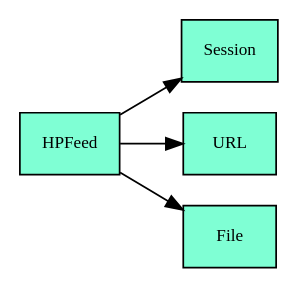
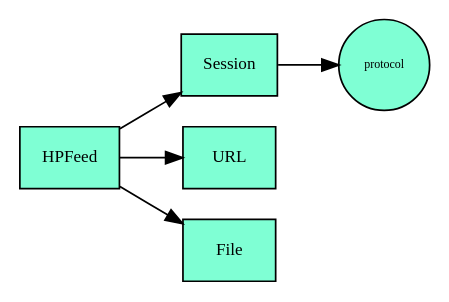
One commit to johnnykv/mnemosyne changed the second of 2 diagrams in doc/Normalization.rst. Above: the diagram before and after it, drawn with Graphviz. The commit also changed other lines of this file, not shown here.

Commit message:
Include dataflow graph

```diff
--- a/doc/Normalization.rst
+++ b/doc/Normalization.rst
@@ -10,9 +58,12 @@
 .. digraph:: foo
 
-   size = "7,7";
+
    node [fontsize = "10", shape = "box", style="filled", fillcolor="aquamarine"];
 
    rankdir=LR;
    "HPFeed" -> "Session"
    "HPFeed" -> "URL"
    "HPFeed" -> "File"
+
+   node [fontsize = "7", shape = "circle", style="filled", fillcolor="aquamarine"];
+   "Session" -> "protocol"
```
